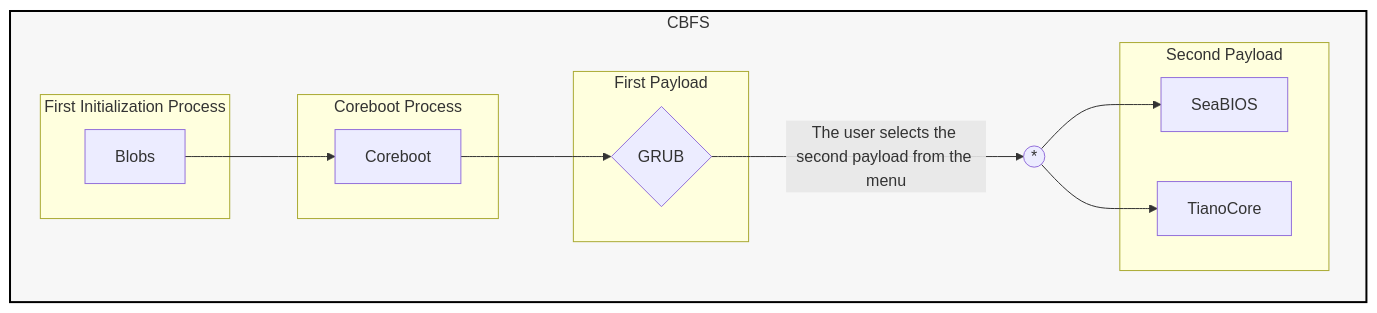
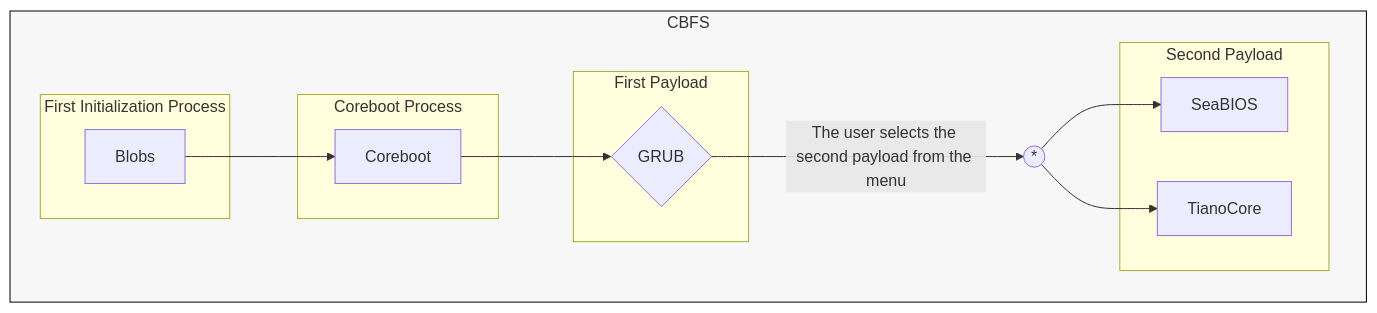
The diagram in README.md (Ch3ckm4t3C1ph3r/Lenovo-Ideapad-320-14ISK-_Coreboot-Adaptation_), drawn with Mermaid before and after one commit.

Commit message:
Update stroke-width in mermaid flowchart style

````diff
--- a/README.md
+++ b/README.md
@@ -104,35 +104,35 @@
 ```mermaid
 flowchart LR;
     %% Definition of style class and their characteristics
-    classDef cbfs fill:#f7f7f7,stroke:#000000,stroke-width:2px;
+    classDef cbfs fill:#f7f7f7,stroke:#000000,stroke-width:1px;
     
     subgraph CBFS
         direction LR
 
         %% Not publicly documented boot process
         subgraph First Initialization Process
         Blobs
         end
 
         Blobs --> Coreboot
 
         subgraph Coreboot Process
         Coreboot
         end
     
         Coreboot-->p1{GRUB}
     
         subgraph First Payload
         p1{GRUB}
         end
     
         p1{GRUB}--The user selects the second payload from the menu-->UNION((*))-->p2_1[SeaBIOS] & p2_2[TianoCore]
     
         subgraph Second Payload
         p2_1[SeaBIOS] & p2_2[TianoCore]
         end
     end
 
     %% Define the members of the sytle class
     class CBFS cbfs
 ```
````
